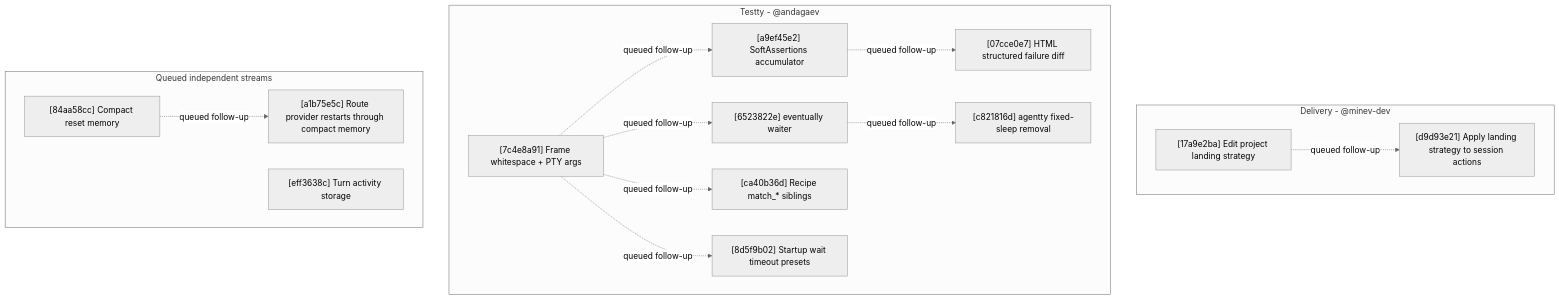
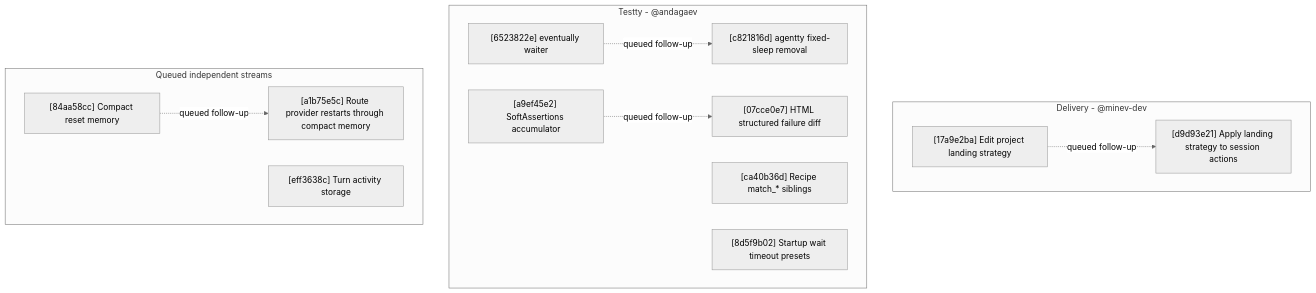
Before and after one commit to agentty-xyz/agentty: the diagram in docs/plan/roadmap.md, drawn with Mermaid (neutral theme). The commit also changed other lines of this file and 9 other files, not shown here.

````diff
--- a/docs/plan/roadmap.md
+++ b/docs/plan/roadmap.md
@@ -201,31 +209,26 @@
 ```mermaid
 flowchart TD
     subgraph DeliveryLane["Delivery - @minev-dev"]
         D1["[17a9e2ba] Edit project landing strategy"]
         D2["[d9d93e21] Apply landing strategy to session actions"]
         D1 -. queued follow-up .-> D2
     end
 
     subgraph TesttyLane["Testty - @andagaev"]
-        T1["[7c4e8a91] Frame whitespace + PTY args"]
         T2["[6523822e] eventually waiter"]
         T3["[a9ef45e2] SoftAssertions accumulator"]
         T4["[ca40b36d] Recipe match_* siblings"]
         T5["[07cce0e7] HTML structured failure diff"]
         T6["[c821816d] agentty fixed-sleep removal"]
         T7["[8d5f9b02] Startup wait timeout presets"]
-        T1 -. queued follow-up .-> T2
-        T1 -. queued follow-up .-> T3
-        T1 -. queued follow-up .-> T4
-        T1 -. queued follow-up .-> T7
+        T2 -. queued follow-up .-> T6
         T3 -. queued follow-up .-> T5
-        T2 -. queued follow-up .-> T6
     end
 
     subgraph LaterLanes["Queued independent streams"]
         P1["[84aa58cc] Compact reset memory"]
         P2["[a1b75e5c] Route provider restarts through compact memory"]
         S1["[eff3638c] Turn activity storage"]
         P1 -. queued follow-up .-> P2
     end
 ```
````
